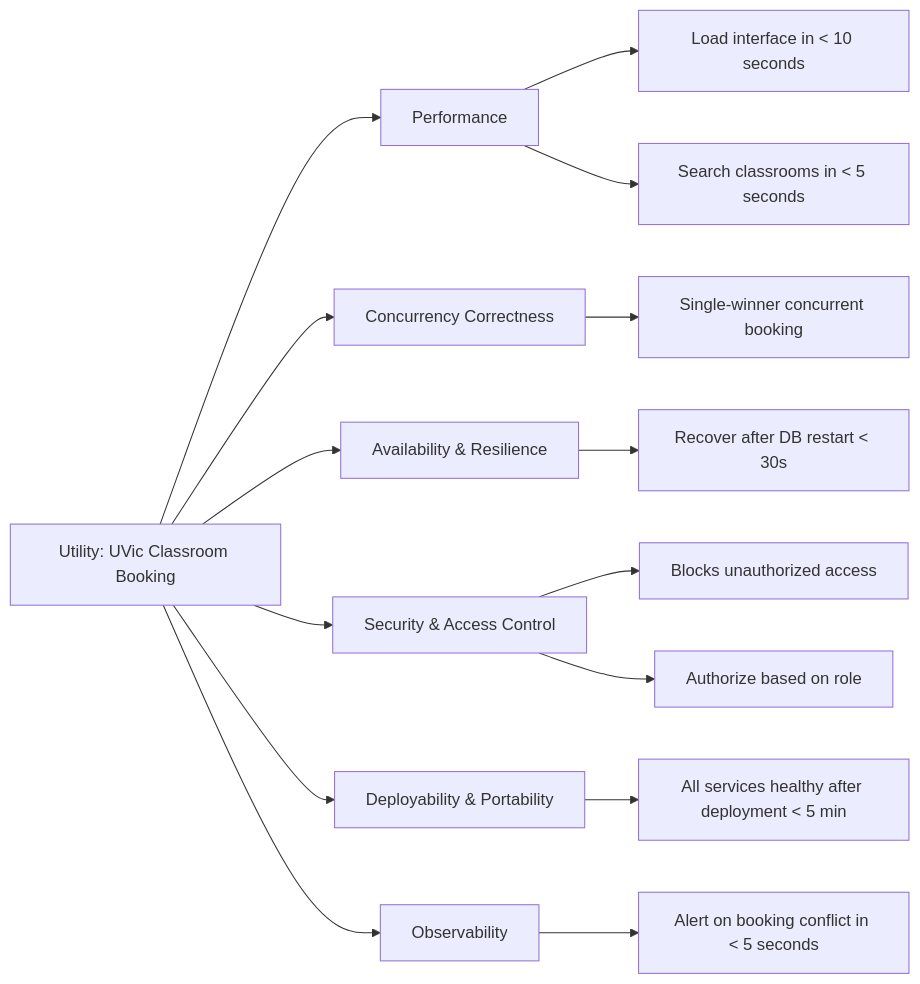
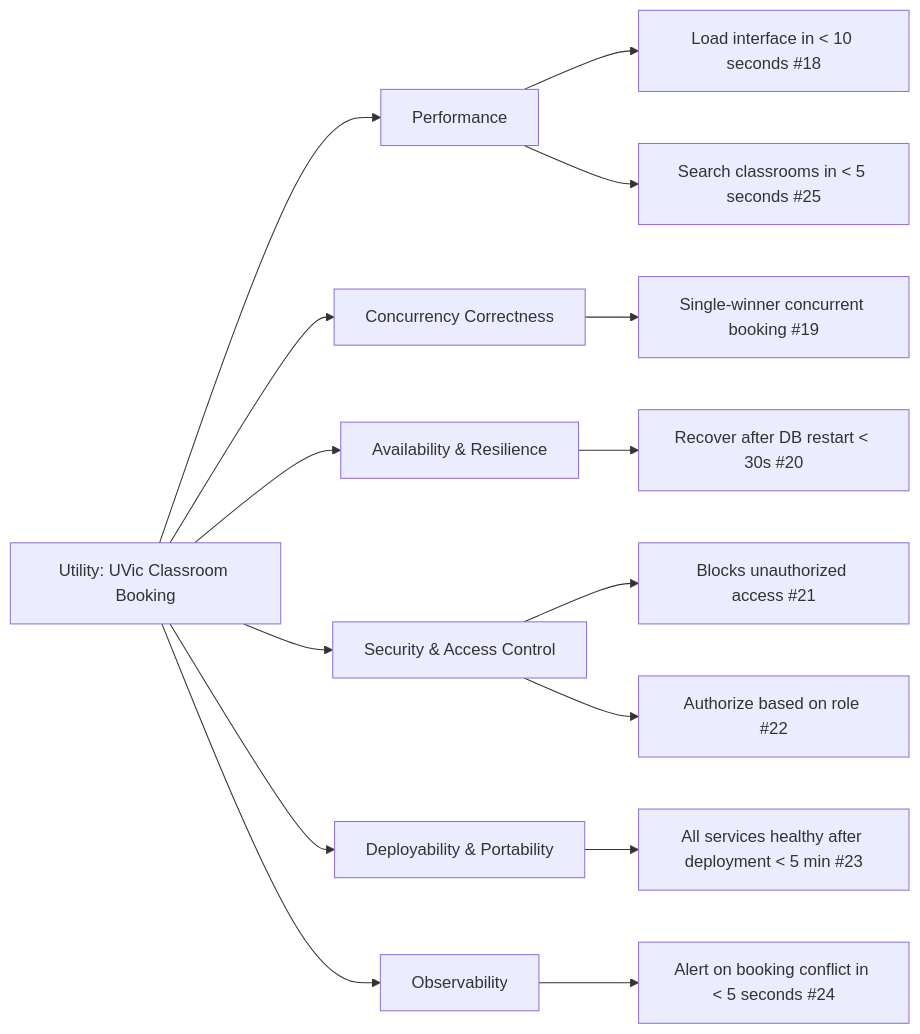
One commit to eric-handley/seng-350 changed the diagram in docs/prd/Products-Requirements-Document.md. Above: the diagram before and after it, drawn with Mermaid.

Commit message:
linked QA to issues

````diff
--- a/docs/prd/Products-Requirements-Document.md
+++ b/docs/prd/Products-Requirements-Document.md
@@ -51,18 +51,18 @@
 ```mermaid
 graph LR;
   U[Utility: UVic Classroom Booking] --> P[Performance];
   U --> CC[Concurrency Correctness];
   U --> AV[Availability & Resilience];
   U --> SEC[Security & Access Control];
   U --> DEP[Deployability & Portability];
   U --> OBS[Observability];
 
-  P --> P1[Load interface in < 10 seconds];
-  P --> P2[Search classrooms in < 5 seconds];
-  CC --> CC1[Single-winner concurrent booking];
-  AV --> AV1[Recover after DB restart < 30s];
-  SEC --> SEC1[Blocks unauthorized access];
-  SEC --> SEC2[Authorize based on role];
-  DEP --> DEP1[All services healthy after deployment < 5 min];
-  OBS --> OBS1[Alert on booking conflict in < 5 seconds];
+  P --> P1[Load interface in < 10 seconds #18];
+  P --> P2[Search classrooms in < 5 seconds #25];
+  CC --> CC1[Single-winner concurrent booking #19];
+  AV --> AV1[Recover after DB restart < 30s #20];
+  SEC --> SEC1[Blocks unauthorized access #21];
+  SEC --> SEC2[Authorize based on role #22];
+  DEP --> DEP1[All services healthy after deployment < 5 min #23];
+  OBS --> OBS1[Alert on booking conflict in < 5 seconds #24];
 ```
````
